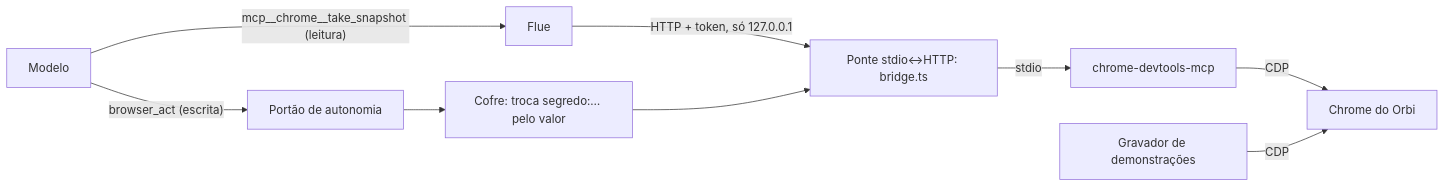
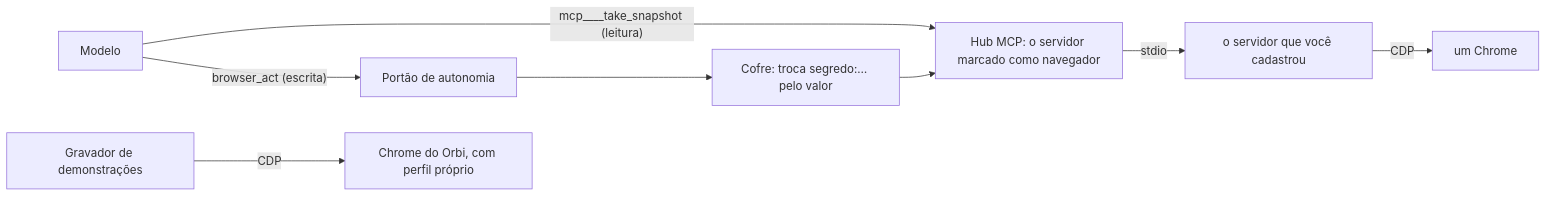
One commit to arthurparahyba/orbi changed the diagram in docs/funcionalidades/07-navegador-do-orbi.md. Above: the diagram before and after it, drawn with Mermaid. The commit also changed other lines of this file and 42 other files, not shown here.

````diff
--- a/docs/funcionalidades/07-navegador-do-orbi.md
+++ b/docs/funcionalidades/07-navegador-do-orbi.md
@@ -33,11 +32,10 @@
 ```mermaid
 flowchart LR
-  Modelo -- "mcp__chrome__take_snapshot (leitura)" --> Flue
+  Modelo -- "mcp__<servidor>__take_snapshot (leitura)" --> Hub
   Modelo -- "browser_act (escrita)" --> Portao[Portão de autonomia]
   Portao --> Cofre[Cofre: troca segredo:… pelo valor]
-  Flue -- "HTTP + token, só 127.0.0.1" --> Ponte[Ponte stdio↔HTTP: bridge.ts]
-  Cofre --> Ponte
-  Ponte -- stdio --> MCP[chrome-devtools-mcp]
-  MCP -- CDP --> Chrome[Chrome do Orbi]
-  Gravador[Gravador de demonstrações] -- CDP --> Chrome
+  Cofre --> Hub[Hub MCP: o servidor marcado como navegador]
+  Hub -- stdio --> MCP[o servidor que você cadastrou]
+  MCP -- CDP --> Chrome[um Chrome]
+  Gravador[Gravador de demonstrações] -- CDP --> ChromeOrbi[Chrome do Orbi, com perfil próprio]
 ```
````
